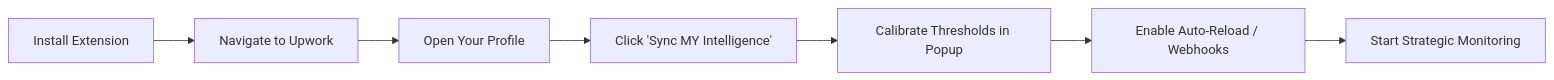
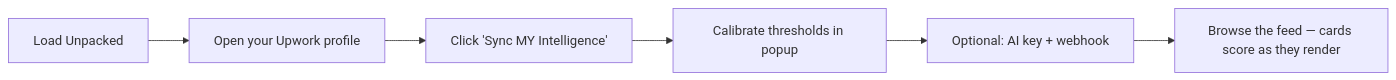
One commit to pankaj-kumar-techie/upwork-match-extension changed the diagram in docs/production.md. Above: the diagram before and after it, drawn with Mermaid. The commit also changed other lines of this file and 15 other files, not shown here.

````diff
--- a/docs/production.md
+++ b/docs/production.md
@@ -7,9 +7,8 @@
 ```mermaid
 graph LR
-    A[Install Extension] --> B[Navigate to Upwork]
-    B --> C[Open Your Profile]
-    C --> D[Click 'Sync MY Intelligence']
-    D --> E[Calibrate Thresholds in Popup]
-    E --> F[Enable Auto-Reload / Webhooks]
-    F --> G[Start Strategic Monitoring]
+    A[Load Unpacked] --> B[Open your Upwork profile]
+    B --> C[Click 'Sync MY Intelligence']
+    C --> D[Calibrate thresholds in popup]
+    D --> E[Optional: AI key + webhook]
+    E --> F[Browse the feed — cards score as they render]
 ```
````
